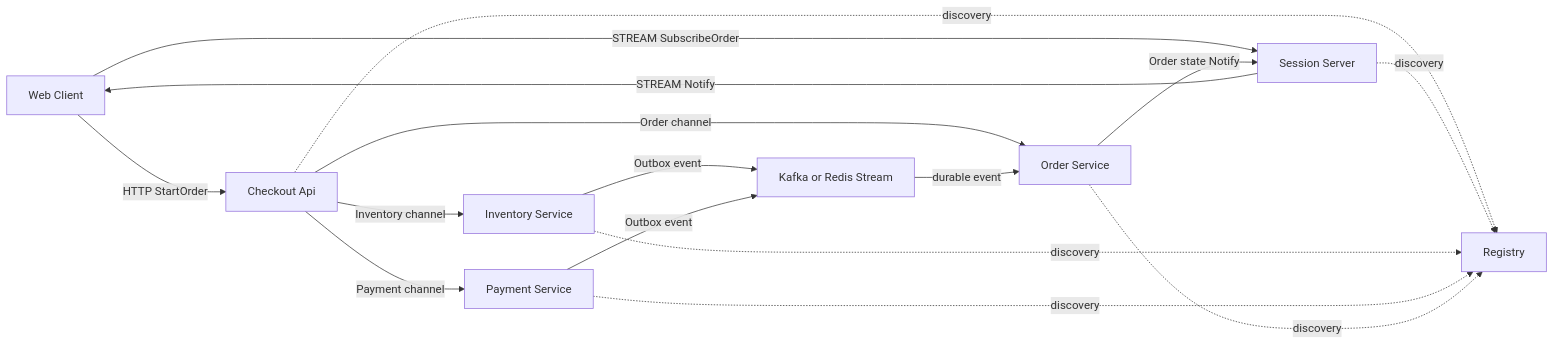
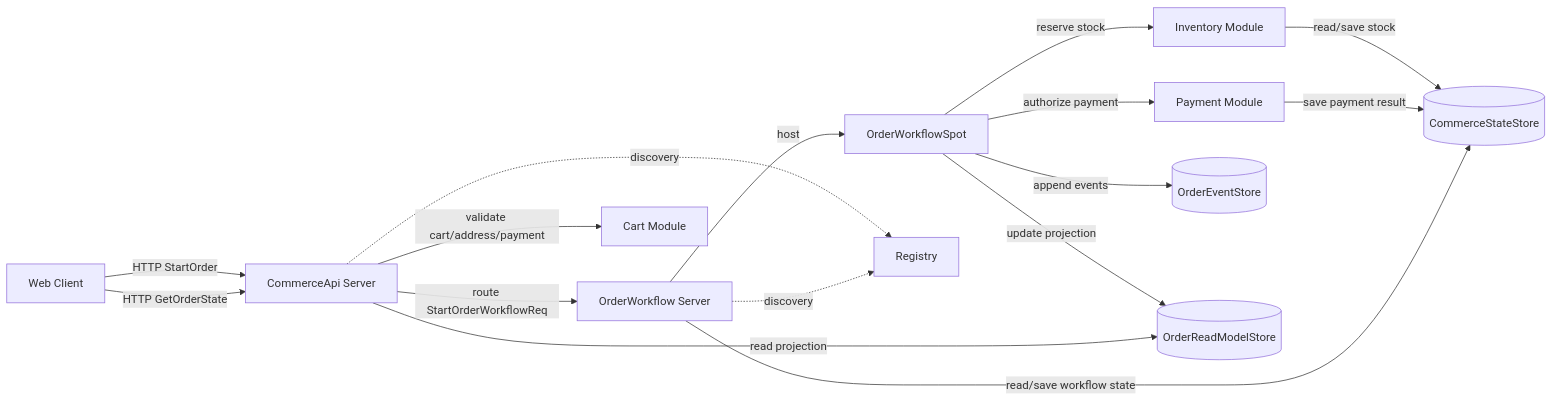
One commit to kairos-code-dev/zlink changed the first of 3 diagrams in framework/doc/spec/sample/event/shoppingmall-checkout.ko.md. Above: the diagram before and after it, drawn with Mermaid. The commit also changed other lines of this file and 267 other files, not shown here.

````diff
--- a/framework/doc/spec/sample/event/shoppingmall-checkout.ko.md
+++ b/framework/doc/spec/sample/event/shoppingmall-checkout.ko.md
@@ -25,27 +32,30 @@
 ```mermaid
 graph LR
     C[Web Client]
-    S[Session Server]
-    API[Checkout Api]
-    INV[Inventory Service]
-    PAY[Payment Service]
-    ORD[Order Service]
-    BUS[Kafka or Redis Stream]
+    API[CommerceApi Server]
+    OW[OrderWorkflow Server]
+    CART[Cart Module]
+    INV[Inventory Module]
+    PAY[Payment Module]
+    SPOT[OrderWorkflowSpot]
+    ES[(OrderEventStore)]
+    RS[(OrderReadModelStore)]
+    CS[(CommerceStateStore)]
     R[Registry]
 
     C -->|HTTP StartOrder| API
-    C -->|STREAM SubscribeOrder| S
-    API -->|Inventory channel| INV
-    API -->|Payment channel| PAY
-    API -->|Order channel| ORD
-    INV -->|Outbox event| BUS
-    PAY -->|Outbox event| BUS
-    BUS -->|durable event| ORD
-    ORD -->|Order state Notify| S
-    S -->|STREAM Notify| C
+    C -->|HTTP GetOrderState| API
+    API -->|validate cart/address/payment| CART
+    API -->|route StartOrderWorkflowReq| OW
+    OW -->|host| SPOT
+    SPOT -->|append events| ES
+    SPOT -->|update projection| RS
+    SPOT -->|reserve stock| INV
+    SPOT -->|authorize payment| PAY
+    INV -->|read/save stock| CS
+    PAY -->|save payment result| CS
+    API -->|read projection| RS
+    OW -->|read/save workflow state| CS
     API -. discovery .-> R
-    S -. discovery .-> R
-    INV -. discovery .-> R
-    PAY -. discovery .-> R
-    ORD -. discovery .-> R
+    OW -. discovery .-> R
 ```
````
